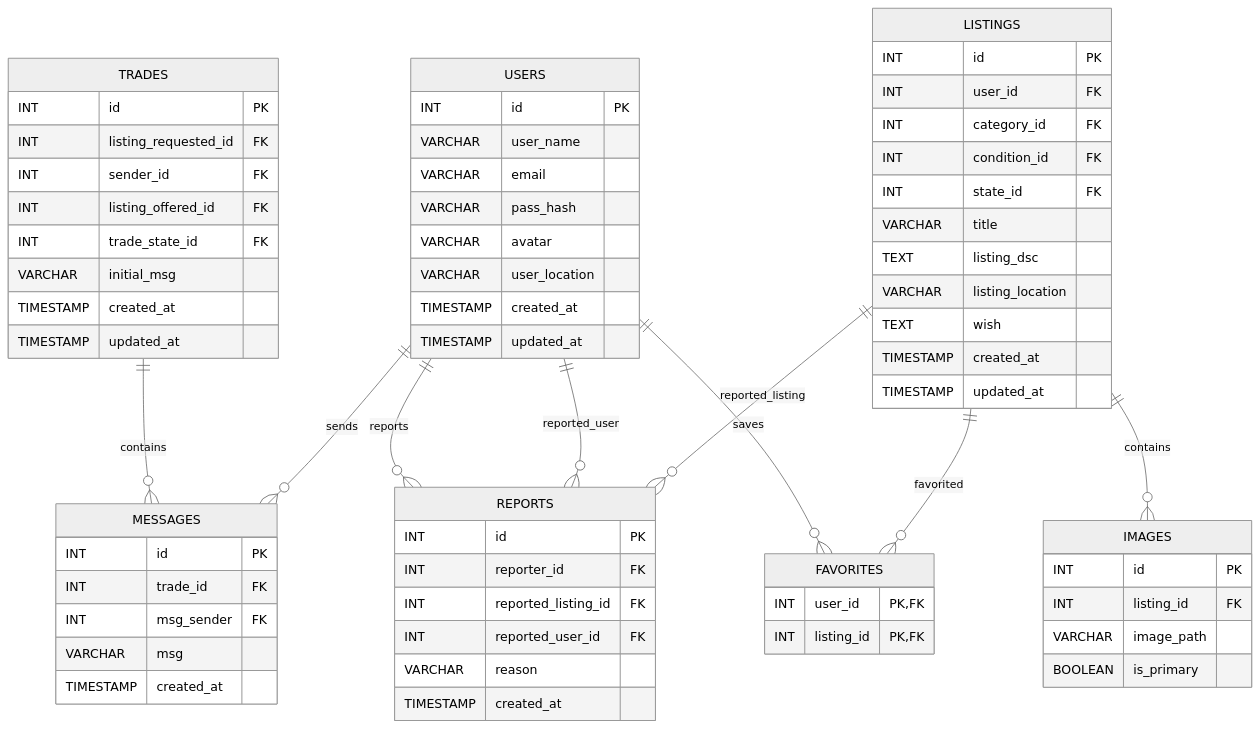
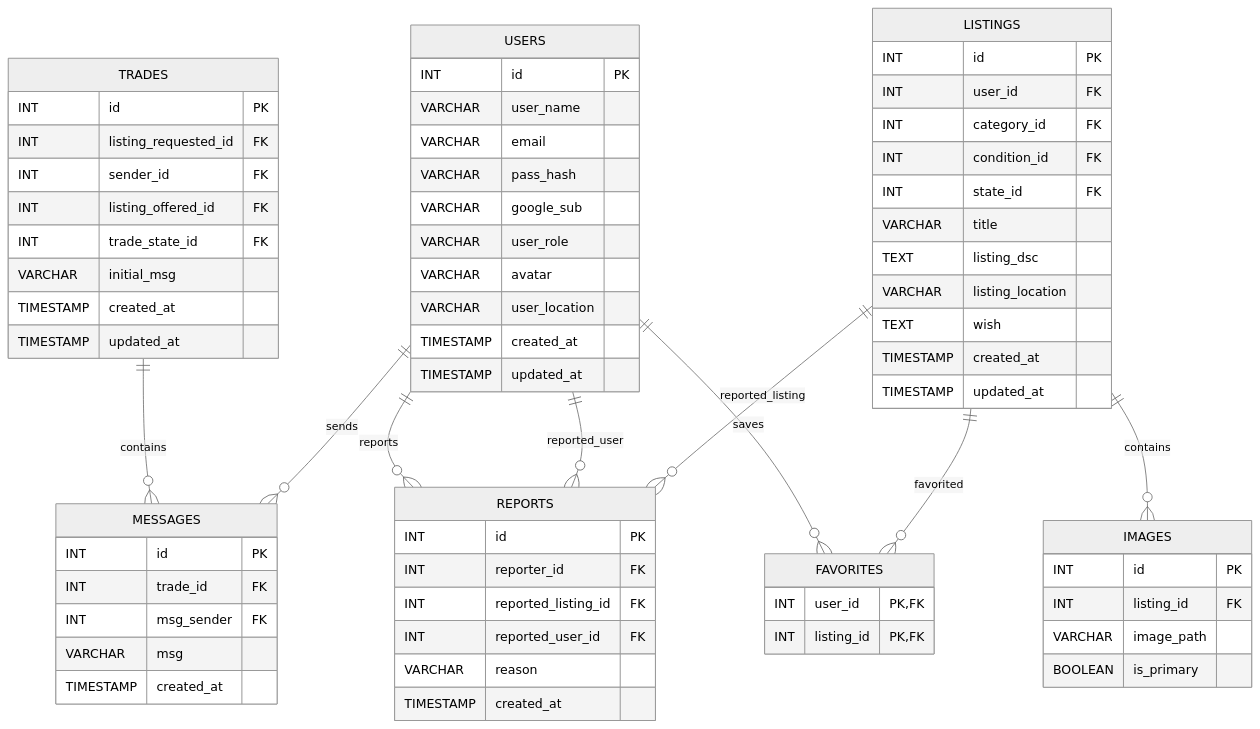
One commit to djunho/daka changed the second of 2 diagrams in srcs/services/mariadb/dakaERD.md. Above: the diagram before and after it, drawn with Mermaid (neutral theme). The commit also changed other lines of this file and 2 other files, not shown here.

Commit message:
feat/database_user_role creating role field on users table

````diff
--- a/srcs/services/mariadb/dakaERD.md
+++ b/srcs/services/mariadb/dakaERD.md
@@ -79,81 +81,83 @@
 ```mermaid
 erDiagram
 
     IMAGES {
         INT id PK
         INT listing_id FK
         VARCHAR image_path
         BOOLEAN is_primary
     }
 
     MESSAGES {
         INT id PK
         INT trade_id FK
         INT msg_sender FK
         VARCHAR msg
         TIMESTAMP created_at
     }
 
     REPORTS {
         INT id PK
         INT reporter_id FK
         INT reported_listing_id FK
         INT reported_user_id FK
         VARCHAR reason
         TIMESTAMP created_at
     }
 
     FAVORITES {
         INT user_id PK,FK
         INT listing_id PK,FK
     }
 
     USERS {
         INT id PK
         VARCHAR user_name
         VARCHAR email
         VARCHAR pass_hash
+        VARCHAR	google_sub
+        VARCHAR user_role
         VARCHAR avatar
         VARCHAR user_location
         TIMESTAMP created_at
         TIMESTAMP updated_at
     }
 
     LISTINGS {
         INT id PK
         INT user_id FK
         INT category_id FK
         INT condition_id FK
         INT state_id FK
         VARCHAR title
         TEXT listing_dsc
         VARCHAR listing_location
 		TEXT wish
         TIMESTAMP created_at
         TIMESTAMP updated_at
     }
 
     TRADES {
         INT id PK
         INT listing_requested_id FK
         INT sender_id FK
         INT listing_offered_id FK
         INT trade_state_id FK
         VARCHAR initial_msg
         TIMESTAMP created_at
         TIMESTAMP updated_at
     }
 
     LISTINGS ||--o{ IMAGES : contains
 
     TRADES ||--o{ MESSAGES : contains
     USERS ||--o{ MESSAGES : sends
 
     USERS ||--o{ REPORTS : reports
     USERS ||--o{ REPORTS : reported_user
     LISTINGS ||--o{ REPORTS : reported_listing
 
     USERS ||--o{ FAVORITES : saves
     LISTINGS ||--o{ FAVORITES : favorited
 
 ```
````
